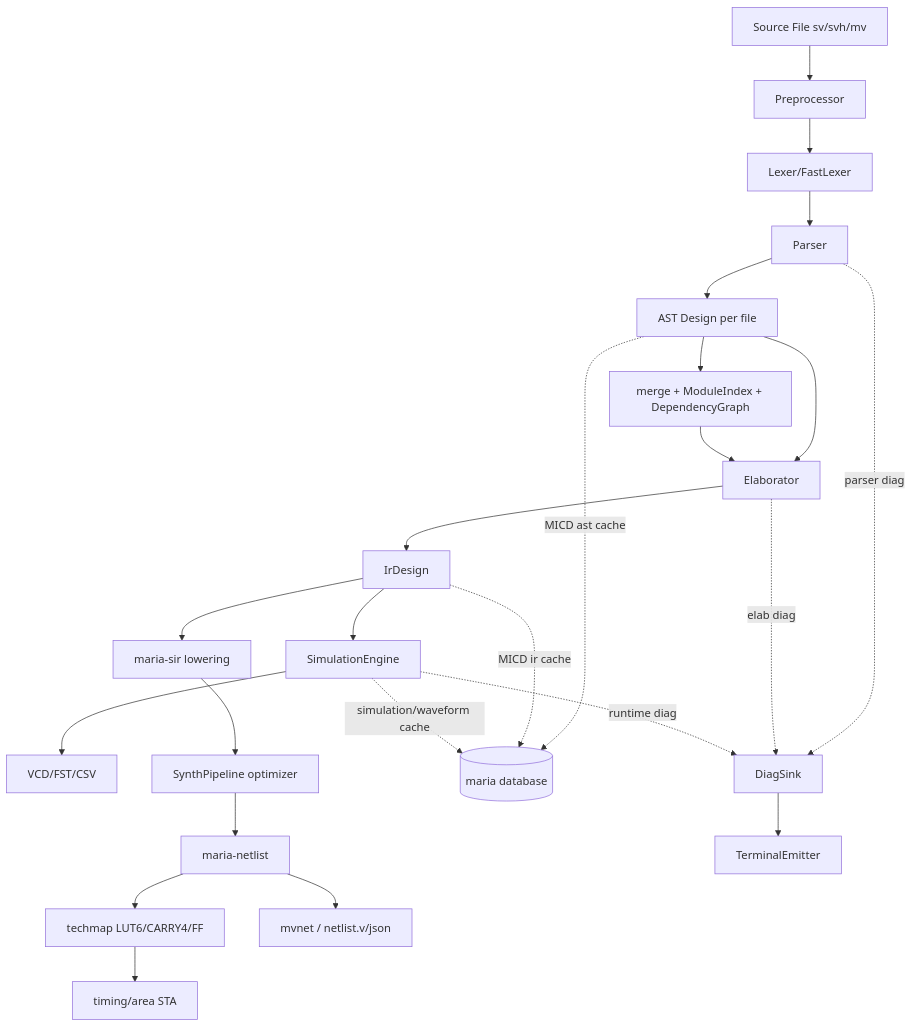
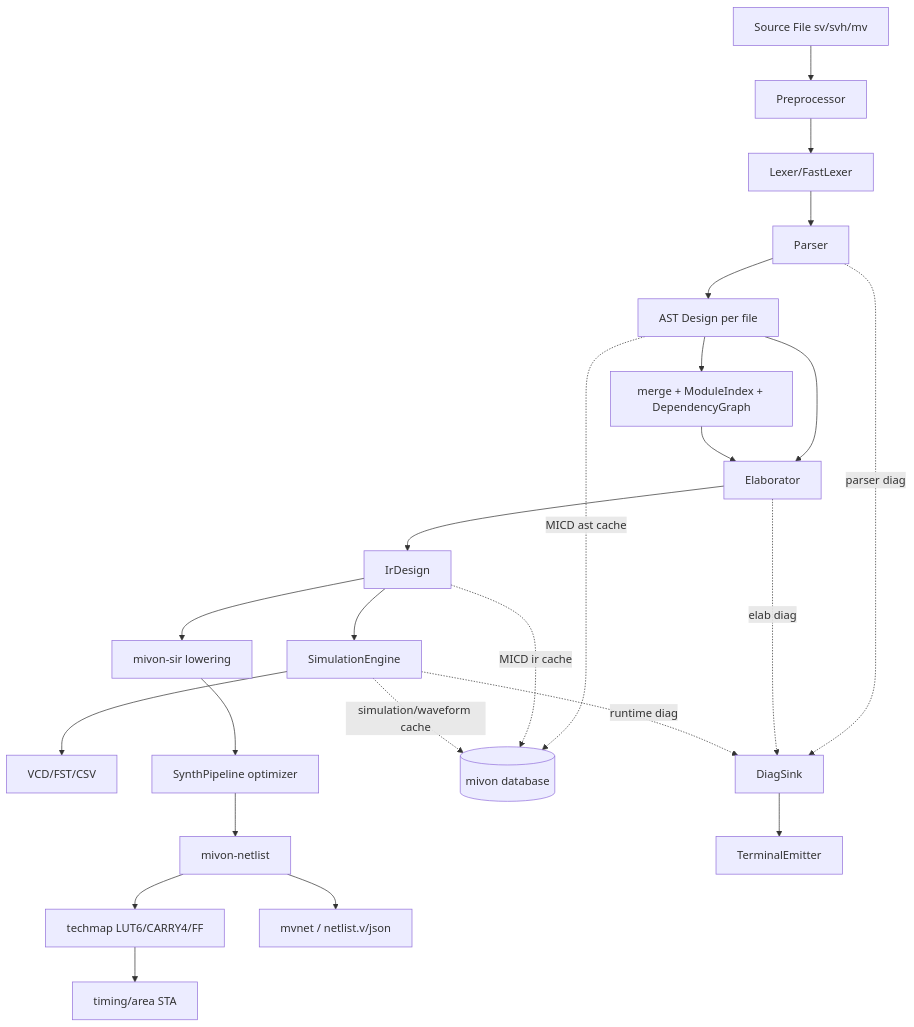
Before and after one commit to Yoriyoi-drop/maria: diagram 27 of 27 in ERD.md, drawn with Mermaid. The commit also changed other lines of this file and 16 other files, not shown here.

Commit message:
rebrand fase 3: docs/branding maria -> mivon (README, AGENTS, design/erd/emu docs, doc/, MIVON-HDL.md)

````diff
--- a/ERD.md
+++ b/ERD.md
@@ -1118,26 +1118,26 @@
 ```mermaid
 flowchart TD
     A[Source File sv/svh/mv] --> B[Preprocessor]
     B --> C[Lexer/FastLexer]
     C --> D[Parser]
     D --> E[AST Design per file]
     E --> F[merge + ModuleIndex + DependencyGraph]
     E --> G[Elaborator]
     F --> G
     G --> H[IrDesign]
     H --> I[SimulationEngine]
     I --> J[VCD/FST/CSV]
-    H --> K[maria-sir lowering]
+    H --> K[mivon-sir lowering]
     K --> L[SynthPipeline optimizer]
-    L --> M[maria-netlist]
+    L --> M[mivon-netlist]
     M --> N[techmap LUT6/CARRY4/FF]
     N --> O[timing/area STA]
     M --> P[mvnet / netlist.v/json]
-    E -.->|MICD ast cache| Q[(maria database)]
+    E -.->|MICD ast cache| Q[(mivon database)]
     H -.->|MICD ir cache| Q
     I -.->|simulation/waveform cache| Q
     D -.->|parser diag| R[DiagSink]
     G -.->|elab diag| R
     I -.->|runtime diag| R
     R --> S[TerminalEmitter]
 ```
````
